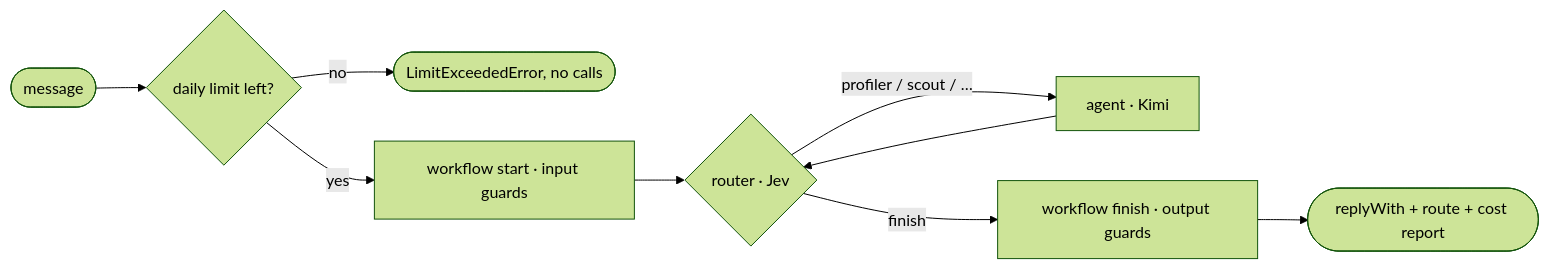
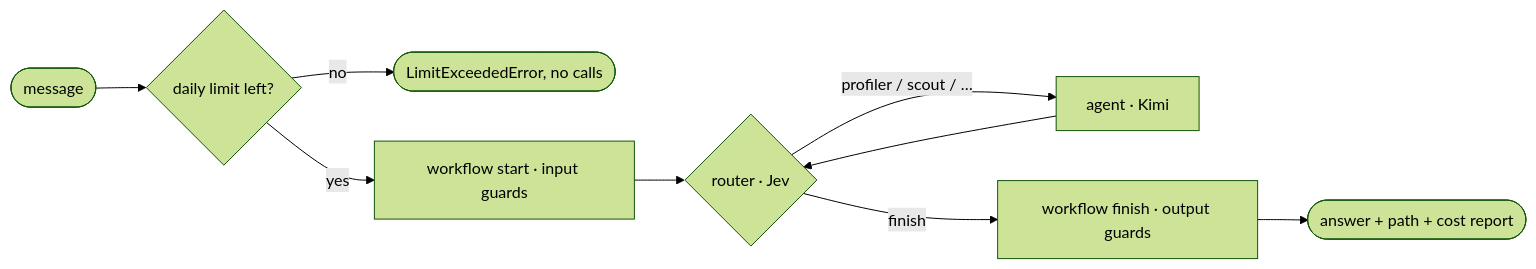
One commit to PavelRavvich/agbossjs changed the diagram in Home.md. Above: the diagram before and after it, drawn with Mermaid (forest theme). The commit also changed other lines of this file and 38 other files, not shown here.

````diff
--- a/Home.md
+++ b/Home.md
@@ -30,11 +36,11 @@
 ```mermaid
 flowchart LR
   T([message]) --> B{daily limit left?}
   B -- no --> X([LimitExceededError, no calls])
   B -- yes --> E[workflow start · input guards]
   E --> R{router · Jev}
   R -- profiler / scout / … --> A[agent · Kimi]
   A --> R
   R -- finish --> C[workflow finish · output guards]
-  C --> O([replyWith + route + cost report])
+  C --> O([answer + path + cost report])
 ```
````
